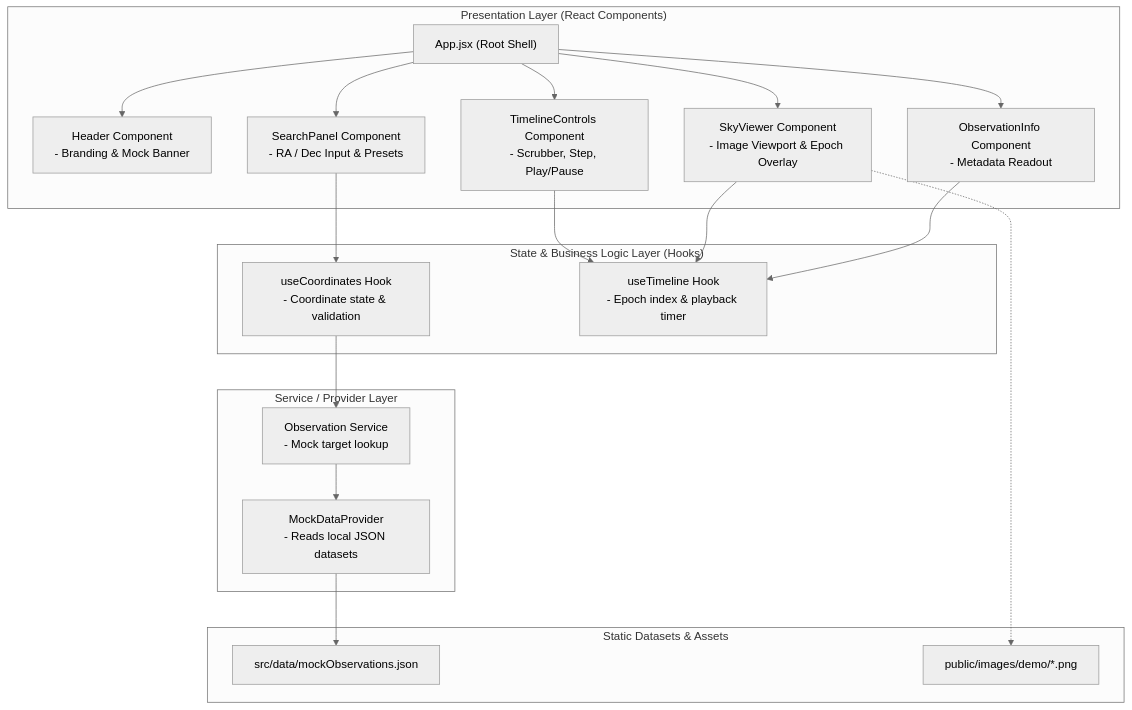
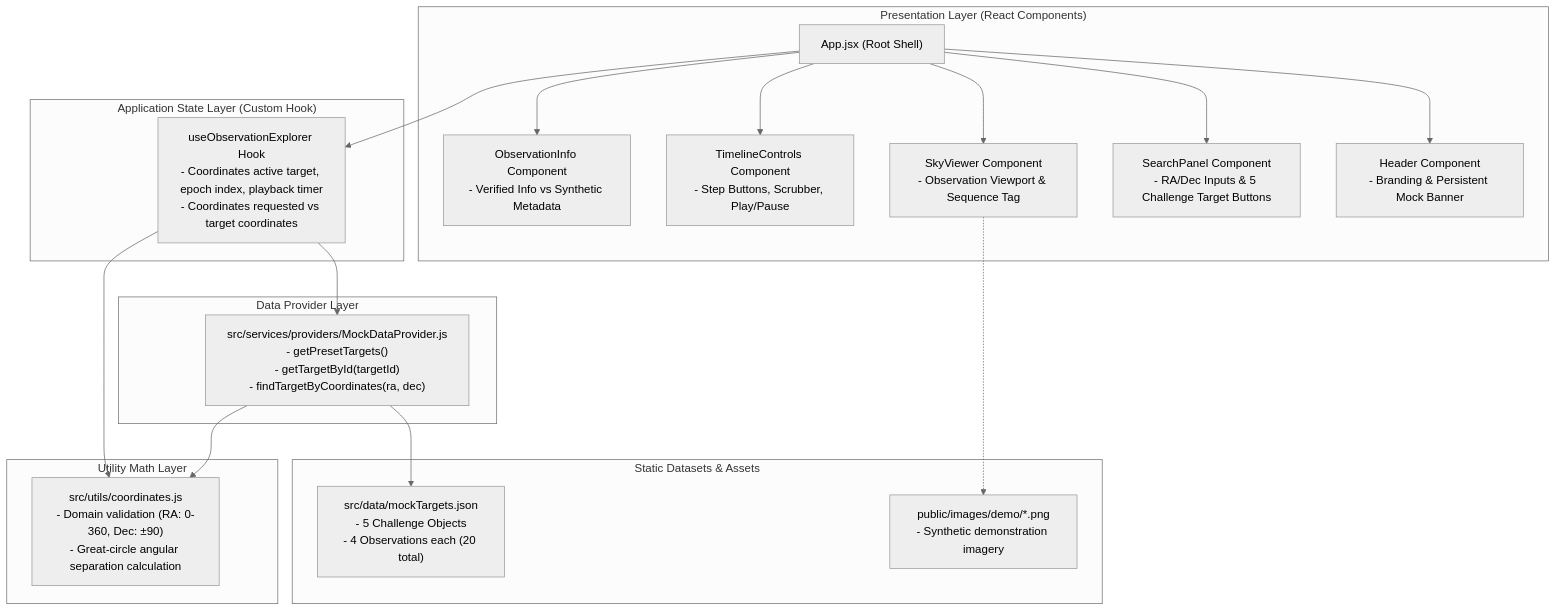
One commit to abdulkarimaklouk/SPHEREx-Explorer changed the first of 2 diagrams in docs/ARCHITECTURE.md. Above: the diagram before and after it, drawn with Mermaid (neutral theme). The commit also changed other lines of this file and 11 other files, not shown here.

Commit message:
docs: finalize MVP requirements and architecture

````diff
--- a/docs/ARCHITECTURE.md
+++ b/docs/ARCHITECTURE.md
@@ -22,42 +25,43 @@
 ```mermaid
 graph TD
     subgraph UI ["Presentation Layer (React Components)"]
         App["App.jsx (Root Shell)"]
-        Header["Header Component<br/>- Branding & Mock Banner"]
-        SearchPanel["SearchPanel Component<br/>- RA / Dec Input & Presets"]
-        SkyViewer["SkyViewer Component<br/>- Image Viewport & Epoch Overlay"]
-        TimelineControls["TimelineControls Component<br/>- Scrubber, Step, Play/Pause"]
-        ObservationInfo["ObservationInfo Component<br/>- Metadata Readout"]
+        Header["Header Component<br/>- Branding & Persistent Mock Banner"]
+        SearchPanel["SearchPanel Component<br/>- RA/Dec Inputs & 5 Challenge Target Buttons"]
+        SkyViewer["SkyViewer Component<br/>- Observation Viewport & Sequence Tag"]
+        TimelineControls["TimelineControls Component<br/>- Step Buttons, Scrubber, Play/Pause"]
+        ObservationInfo["ObservationInfo Component<br/>- Verified Info vs Synthetic Metadata"]
     end
 
-    subgraph StateAndHooks ["State & Business Logic Layer (Hooks)"]
-        useCoordinates["useCoordinates Hook<br/>- Coordinate state & validation"]
-        useTimeline["useTimeline Hook<br/>- Epoch index & playback timer"]
+    subgraph StateLayer ["Application State Layer (Custom Hook)"]
+        useObservationExplorer["useObservationExplorer Hook<br/>- Coordinates active target, epoch index, playback timer<br/>- Coordinates requested vs target coordinates"]
     end
 
-    subgraph ServiceLayer ["Service / Provider Layer"]
-        ObservationService["Observation Service<br/>- Mock target lookup"]
-        MockProvider["MockDataProvider<br/>- Reads local JSON datasets"]
+    subgraph DomainUtils ["Utility Math Layer"]
+        coordUtils["src/utils/coordinates.js<br/>- Domain validation (RA: 0-360, Dec: ±90)<br/>- Great-circle angular separation calculation"]
+    end
+
+    subgraph ServiceLayer ["Data Provider Layer"]
+        MockDataProvider["src/services/providers/MockDataProvider.js<br/>- getPresetTargets()<br/>- getTargetById(targetId)<br/>- findTargetByCoordinates(ra, dec)"]
     end
 
     subgraph DataStore ["Static Datasets & Assets"]
-        MockDataJSON["src/data/mockObservations.json"]
-        DemoImages["public/images/demo/*.png"]
+        MockTargetsJSON["src/data/mockTargets.json<br/>- 5 Challenge Objects<br/>- 4 Observations each (20 total)"]
+        DemoImages["public/images/demo/*.png<br/>- Synthetic demonstration imagery"]
     end
 
     App --> Header
     App --> SearchPanel
     App --> SkyViewer
     App --> TimelineControls
     App --> ObservationInfo
 
-    SearchPanel --> useCoordinates
-    TimelineControls --> useTimeline
-    SkyViewer --> useTimeline
-    ObservationInfo --> useTimeline
+    App --> useObservationExplorer
 
-    useCoordinates --> ObservationService
-    ObservationService --> MockProvider
-    MockProvider --> MockDataJSON
+    useObservationExplorer --> MockDataProvider
+    useObservationExplorer --> coordUtils
+
+    MockDataProvider --> MockTargetsJSON
+    MockDataProvider --> coordUtils
     SkyViewer -.-> DemoImages
 ```
````
